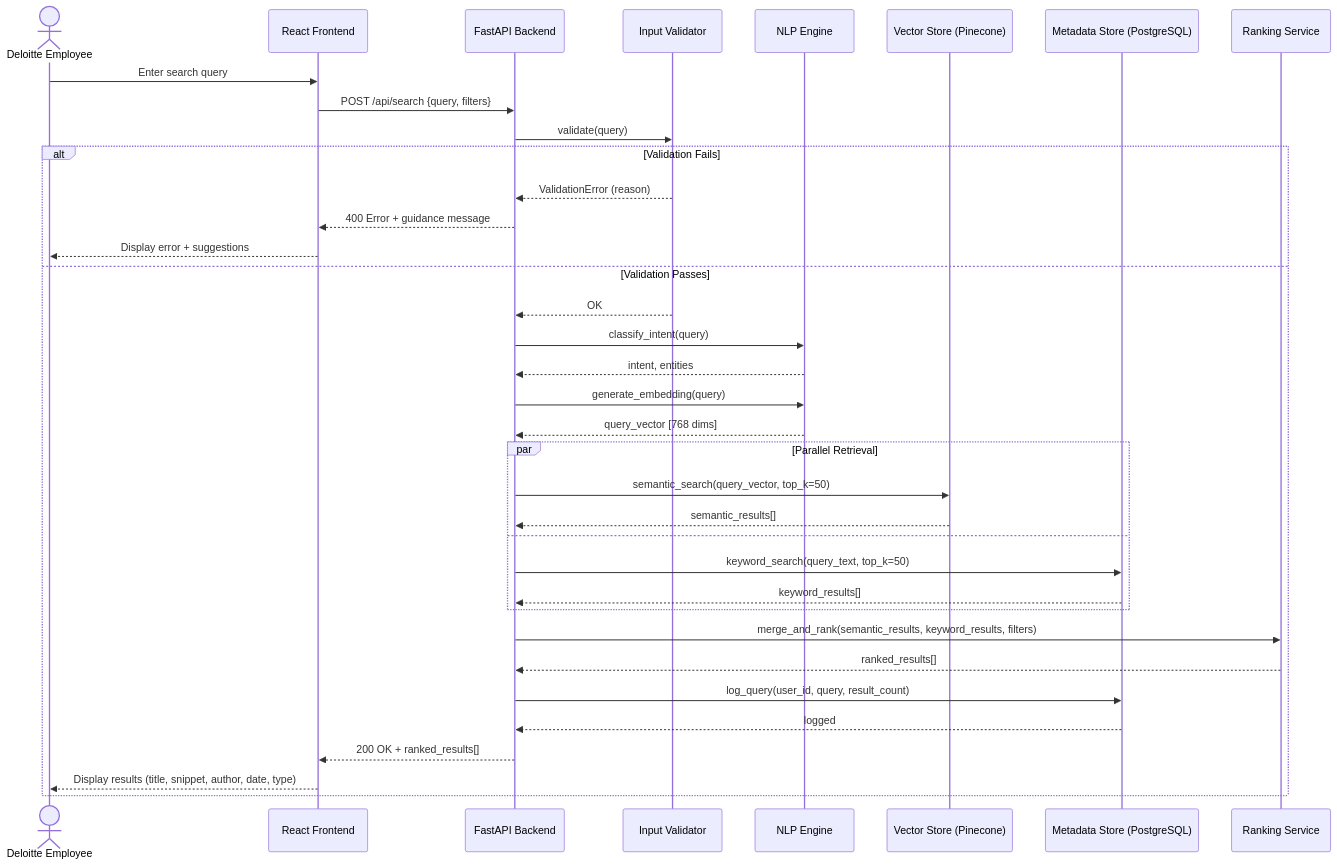
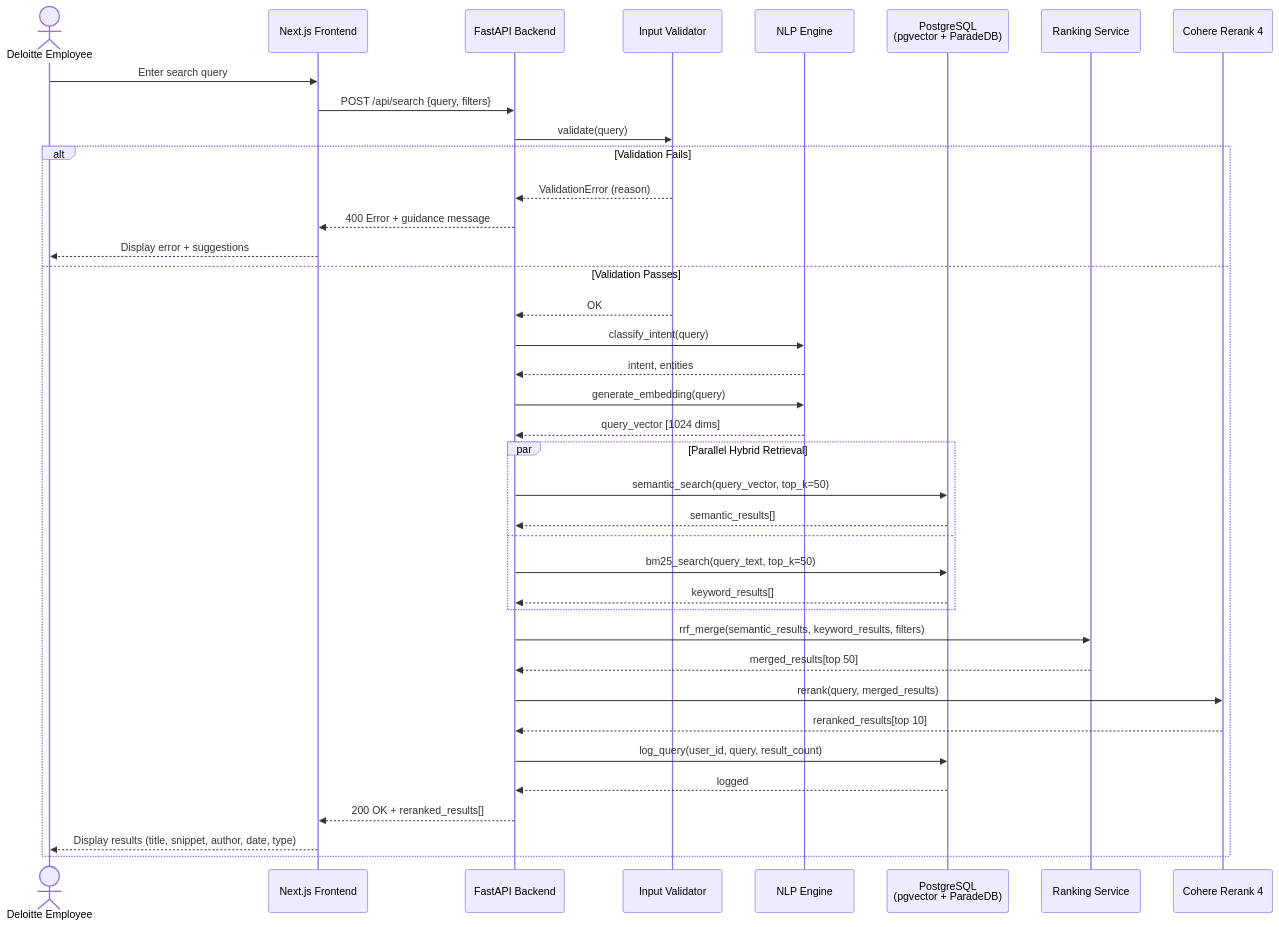
Before and after one commit to FlyM1ss/capstone-project: the diagram in software-engineering/diagrams/sequence.mmd, drawn with Mermaid. The commit also changed 14 other files, not shown here.

```diff
--- a/software-engineering/diagrams/sequence.mmd
+++ b/software-engineering/diagrams/sequence.mmd
@@ -1,40 +1,42 @@
 sequenceDiagram
     actor User as Deloitte Employee
-    participant UI as React Frontend
+    participant UI as Next.js Frontend
     participant API as FastAPI Backend
     participant Val as Input Validator
     participant NLP as NLP Engine
-    participant VS as Vector Store (Pinecone)
-    participant DB as Metadata Store (PostgreSQL)
+    participant DB as PostgreSQL<br/>(pgvector + ParadeDB)
     participant Rank as Ranking Service
+    participant RR as Cohere Rerank 4
 
     User->>UI: Enter search query
     UI->>API: POST /api/search {query, filters}
     API->>Val: validate(query)
 
     alt Validation Fails
         Val-->>API: ValidationError (reason)
         API-->>UI: 400 Error + guidance message
         UI-->>User: Display error + suggestions
     else Validation Passes
         Val-->>API: OK
         API->>NLP: classify_intent(query)
         NLP-->>API: intent, entities
         API->>NLP: generate_embedding(query)
-        NLP-->>API: query_vector [768 dims]
+        NLP-->>API: query_vector [1024 dims]
 
-        par Parallel Retrieval
-            API->>VS: semantic_search(query_vector, top_k=50)
-            VS-->>API: semantic_results[]
+        par Parallel Hybrid Retrieval
+            API->>DB: semantic_search(query_vector, top_k=50)
+            DB-->>API: semantic_results[]
         and
-            API->>DB: keyword_search(query_text, top_k=50)
+            API->>DB: bm25_search(query_text, top_k=50)
             DB-->>API: keyword_results[]
         end
 
-        API->>Rank: merge_and_rank(semantic_results, keyword_results, filters)
-        Rank-->>API: ranked_results[]
+        API->>Rank: rrf_merge(semantic_results, keyword_results, filters)
+        Rank-->>API: merged_results[top 50]
+        API->>RR: rerank(query, merged_results)
+        RR-->>API: reranked_results[top 10]
         API->>DB: log_query(user_id, query, result_count)
         DB-->>API: logged
-        API-->>UI: 200 OK + ranked_results[]
+        API-->>UI: 200 OK + reranked_results[]
         UI-->>User: Display results (title, snippet, author, date, type)
     end
```
